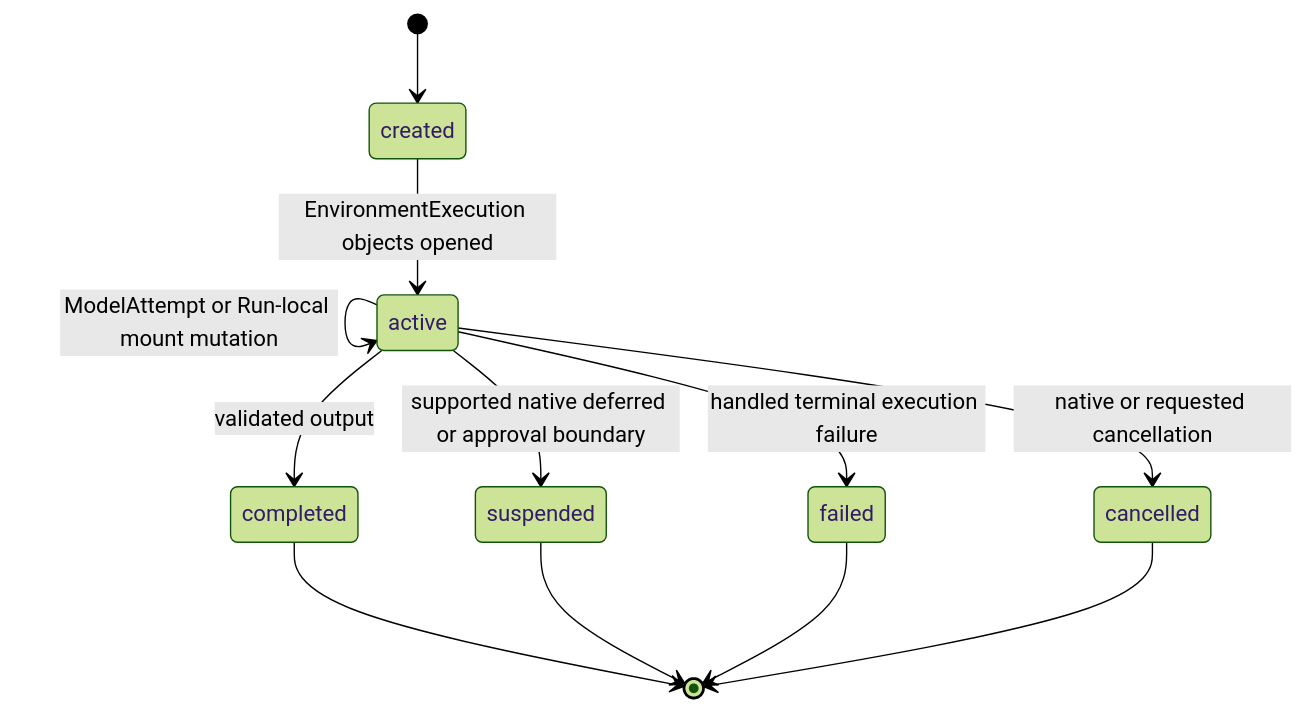
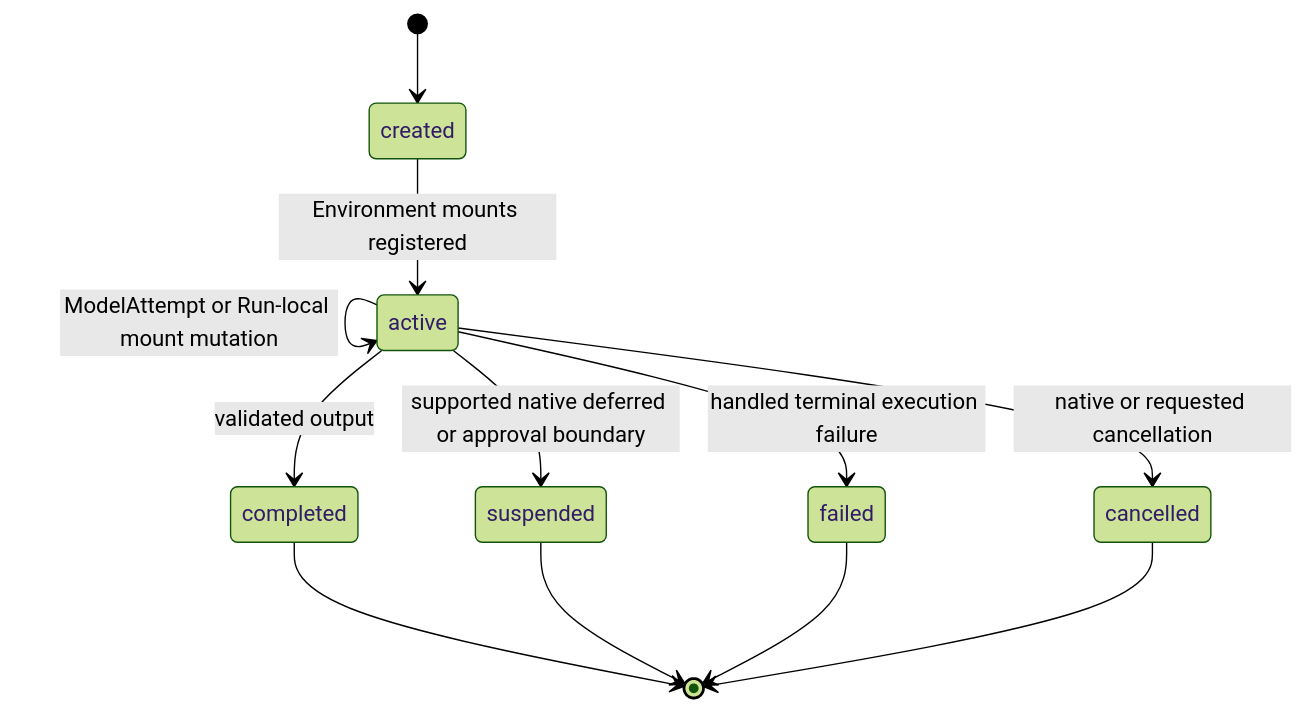
The first of 2 diagrams in spec/a13n-harness/06-execution-context-and-lifecycle.md (converge-ai-labs/agent-foundation), drawn with Mermaid (forest theme) before and after one commit. The commit also changed other lines of this file and 26 other files, not shown here.

````diff
--- a/spec/a13n-harness/06-execution-context-and-lifecycle.md
+++ b/spec/a13n-harness/06-execution-context-and-lifecycle.md
@@ -80,14 +80,14 @@
 ```mermaid
 stateDiagram-v2
     [*] --> created
-    created --> active: EnvironmentExecution objects opened
+    created --> active: Environment mounts registered
     active --> active: ModelAttempt or Run-local mount mutation
     active --> completed: validated output
     active --> suspended: supported native deferred or approval boundary
     active --> failed: handled terminal execution failure
     active --> cancelled: native or requested cancellation
     completed --> [*]
     suspended --> [*]
     failed --> [*]
     cancelled --> [*]
 ```
````
